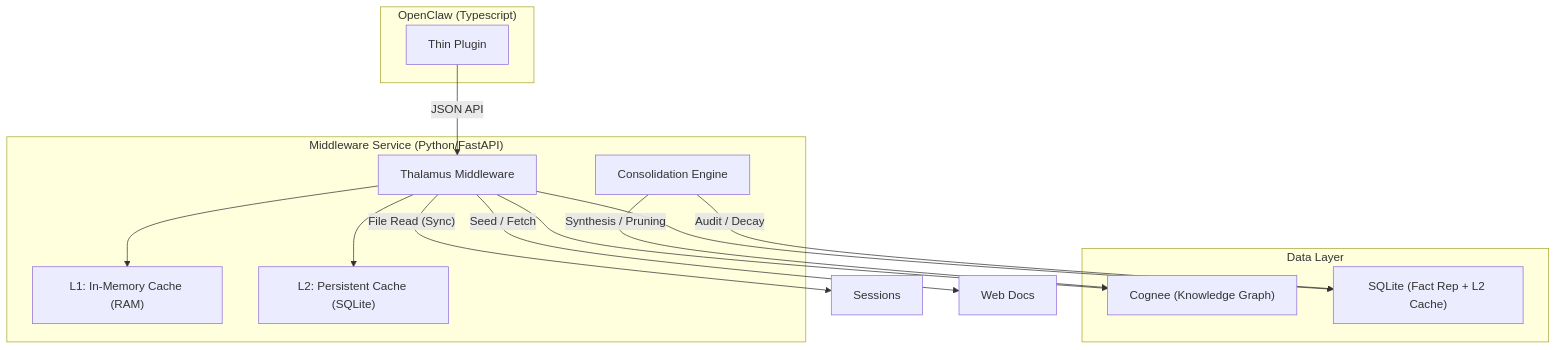
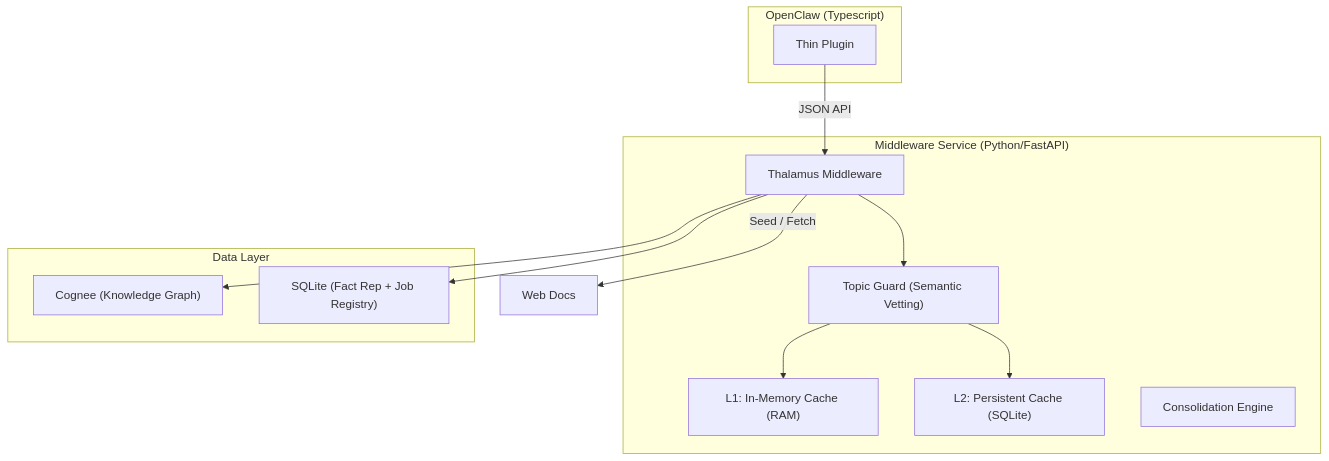
One commit to JuanHuaXu/thalamus changed the first of 2 diagrams in docs/architecture.md. Above: the diagram before and after it, drawn with Mermaid. The commit also changed 3 other files, not shown here.

````diff
--- a/docs/architecture.md
+++ b/docs/architecture.md
@@ -11,28 +11,27 @@
 ```mermaid
 graph TD
     subgraph "OpenClaw (Typescript)"
         OC_P["Thin Plugin"]
     end
     
     subgraph "Middleware Service (Python/FastAPI)"
         MW["Thalamus Middleware"]
+        TG["Topic Guard (Semantic Vetting)"]
         L1["L1: In-Memory Cache (RAM)"]
         L2["L2: Persistent Cache (SQLite)"]
         Consol["Consolidation Engine"]
     end
     
     subgraph "Data Layer"
         CG["Cognee (Knowledge Graph)"]
-        SL["SQLite (Fact Rep + L2 Cache)"]
+        SL["SQLite (Fact Rep + Job Registry)"]
     end
 
     OC_P -- "JSON API" --> MW
-    MW -- "File Read (Sync)" --> Sessions
-    MW --> L1
-    MW --> L2
+    MW --> TG
+    TG --> L1
+    TG --> L2
     MW -- "Seed / Fetch" --> Web["Web Docs"]
     MW --> CG
     MW --> SL
-    Consol -- "Synthesis / Pruning" --> CG
-    Consol -- "Audit / Decay" --> SL
 ```
````
